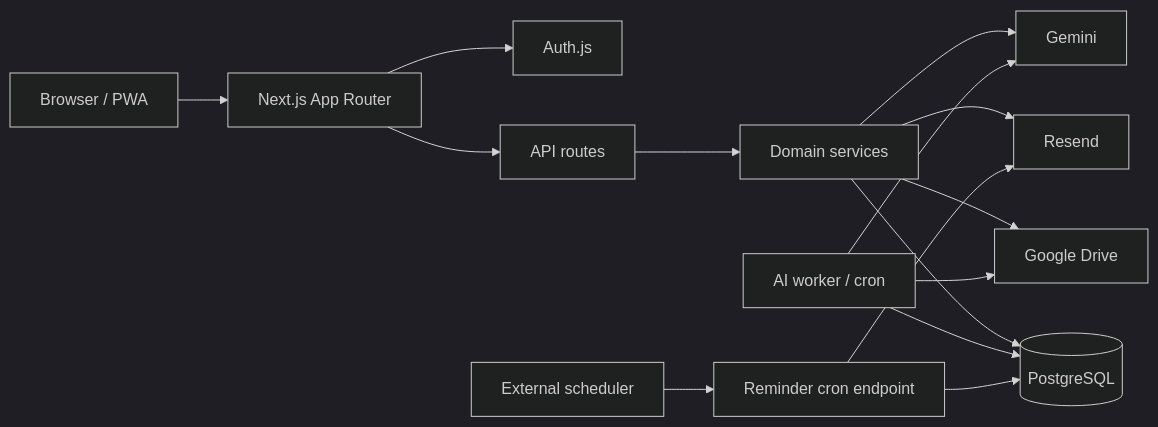
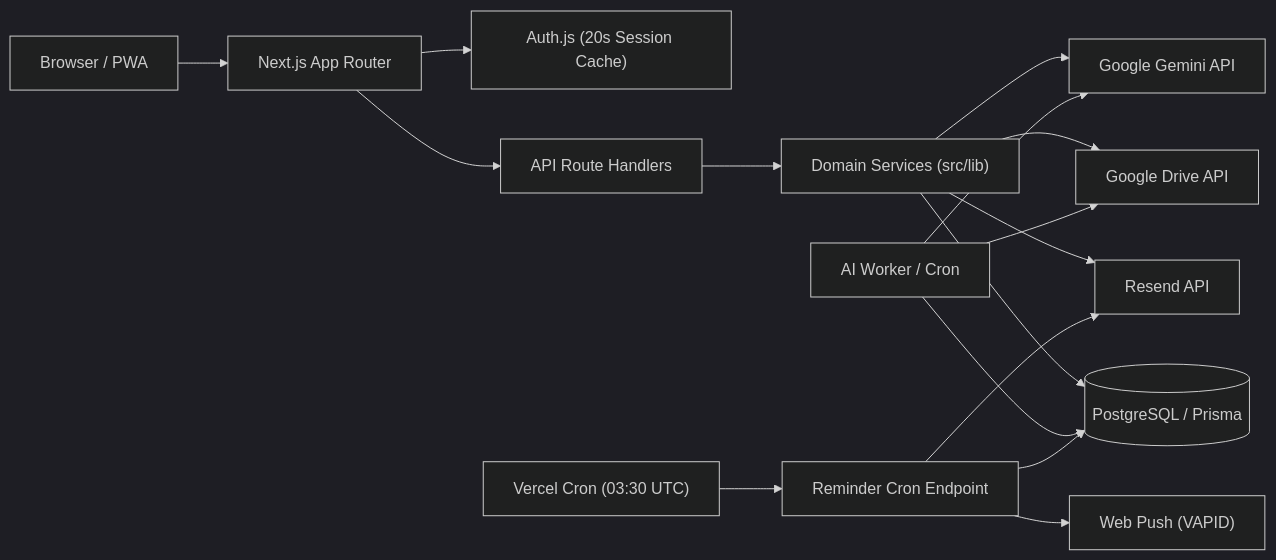
One commit to mehtanilay10/Vaulty changed the diagram in README.md. Above: the diagram before and after it, drawn with Mermaid (dark theme). The commit also changed other lines of this file and 101 other files, not shown here.

Commit message:
feat: modernize UI, add FolderTreeSelect & CommandBar, fix notes lists, switch to Resend auth provider, and refresh agent docs

````diff
--- a/README.md
+++ b/README.md
@@ -138,17 +157,18 @@
 ```mermaid
 flowchart LR
-  Browser[Browser / PWA] --> Web[Next.js App Router]
-  Web --> Auth[Auth.js]
-  Web --> API[API routes]
-  API --> Domain[Domain services]
-  Domain --> DB[(PostgreSQL)]
-  Domain --> Drive[Google Drive]
-  Domain --> Gemini[Gemini]
-  Domain --> Email[Resend]
-  Worker[AI worker / cron] --> DB
+  Browser["Browser / PWA"] --> Web["Next.js App Router"]
+  Web --> Auth["Auth.js (20s Session Cache)"]
+  Web --> API["API Route Handlers"]
+  API --> Domain["Domain Services (src/lib)"]
+  Domain --> DB[("PostgreSQL / Prisma")]
+  Domain --> Drive["Google Drive API"]
+  Domain --> Gemini["Google Gemini API"]
+  Domain --> Email["Resend API"]
+  Worker["AI Worker / Cron"] --> DB
   Worker --> Drive
   Worker --> Gemini
-  Scheduler[External scheduler] --> ReminderAPI[Reminder cron endpoint]
+  Scheduler["Vercel Cron (03:30 UTC)"] --> ReminderAPI["Reminder Cron Endpoint"]
   ReminderAPI --> DB
   ReminderAPI --> Email
+  ReminderAPI --> WebPush["Web Push (VAPID)"]
 ```
````
